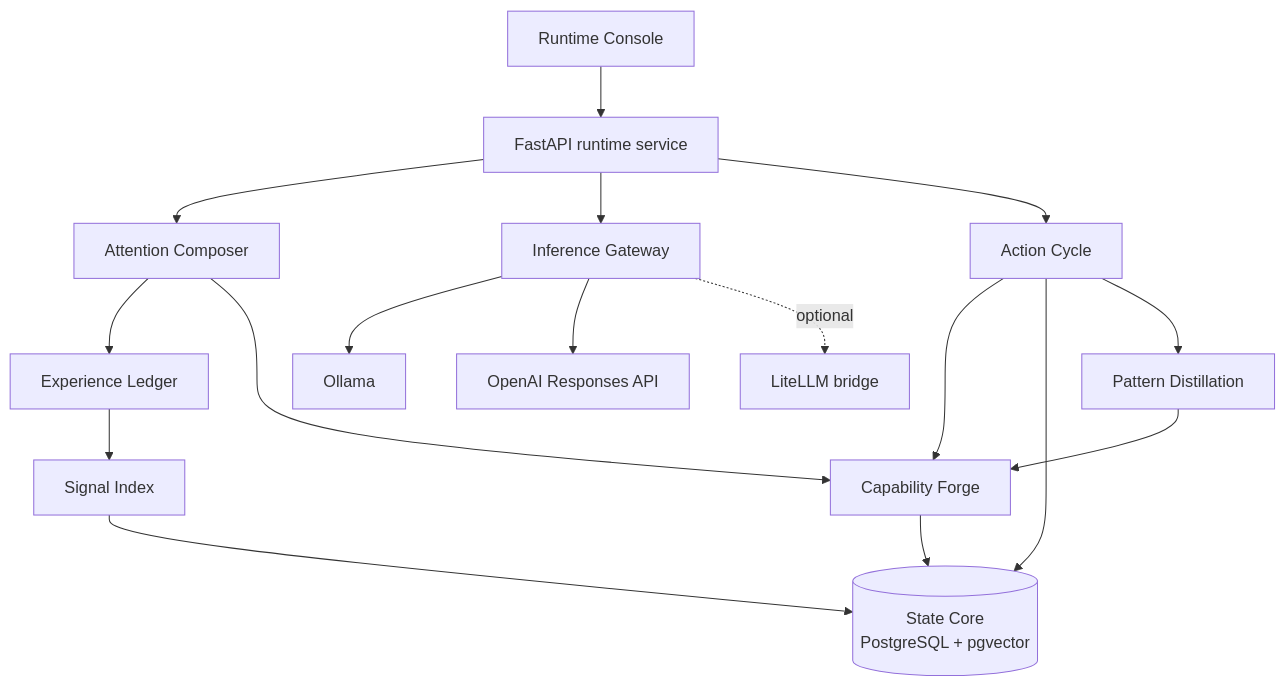
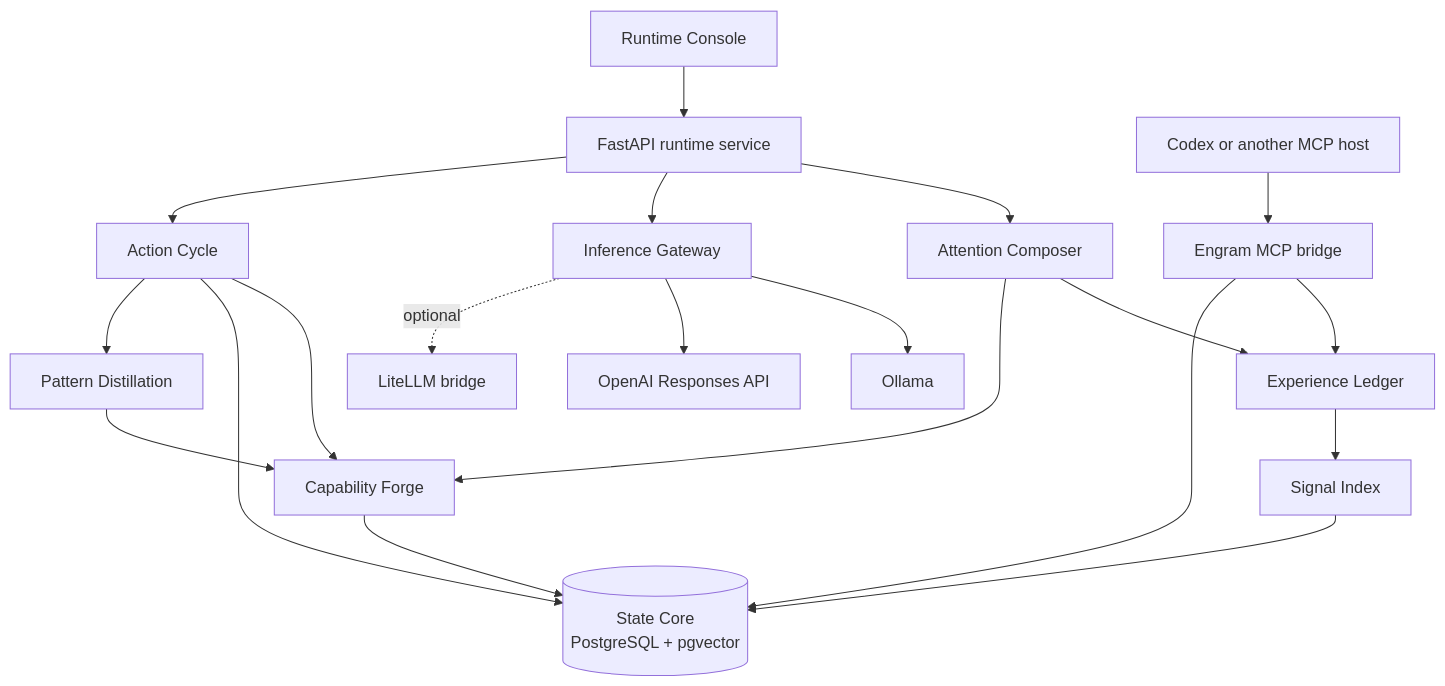
Before and after one commit to Yixzus360/engram-runtime: the diagram in docs/architecture.md, drawn with Mermaid. The commit also changed other lines of this file and 20 other files, not shown here.

Commit message:
feat: connect Codex to Engram and measure memory reuse

````diff
--- a/docs/architecture.md
+++ b/docs/architecture.md
@@ -9,19 +9,22 @@
 ```mermaid
 flowchart TB
     Console[Runtime Console] --> Service[FastAPI runtime service]
     Service --> Composer[Attention Composer]
     Composer --> Ledger[Experience Ledger]
     Composer --> Forge[Capability Forge]
     Ledger --> Index[Signal Index]
     Index --> State[(State Core\nPostgreSQL + pgvector)]
     Forge --> State
     Service --> Gateway[Inference Gateway]
     Gateway --> Local[Ollama]
     Gateway --> Hosted[OpenAI Responses API]
     Gateway -. optional .-> Universal[LiteLLM bridge]
     Service --> Cycle[Action Cycle]
     Cycle --> Forge
     Cycle --> State
     Cycle --> Learner[Pattern Distillation]
     Learner --> Forge
+    Codex[Codex or another MCP host] --> MCP[Engram MCP bridge]
+    MCP --> Ledger
+    MCP --> State
 ```
````
